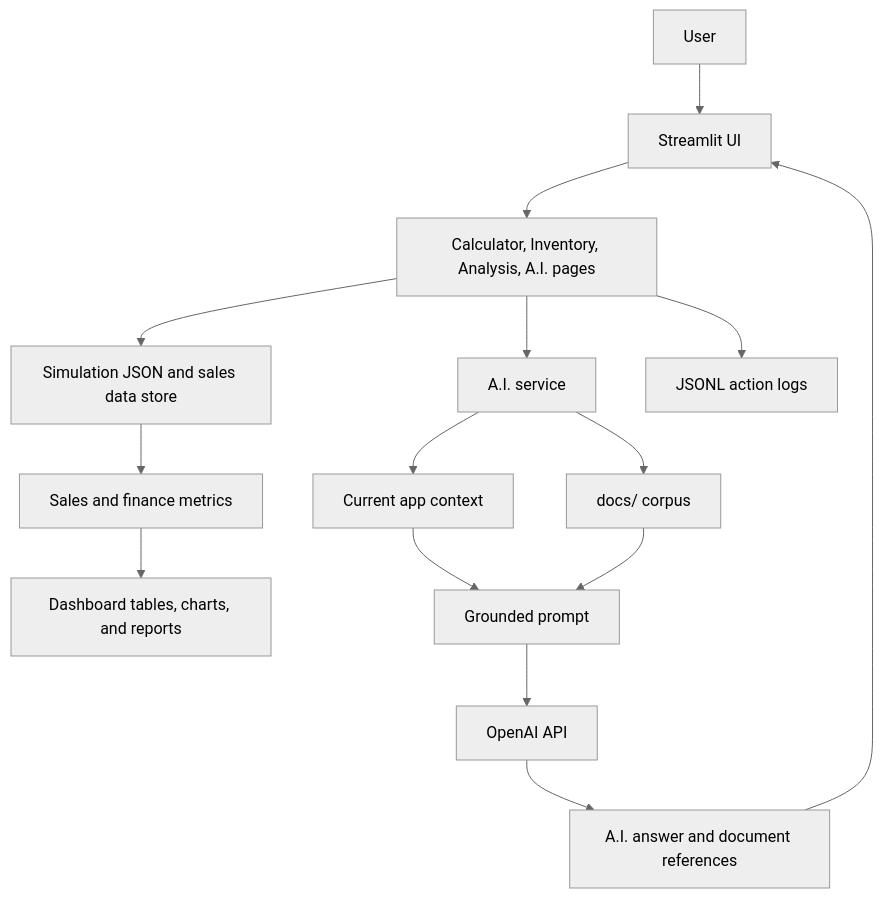
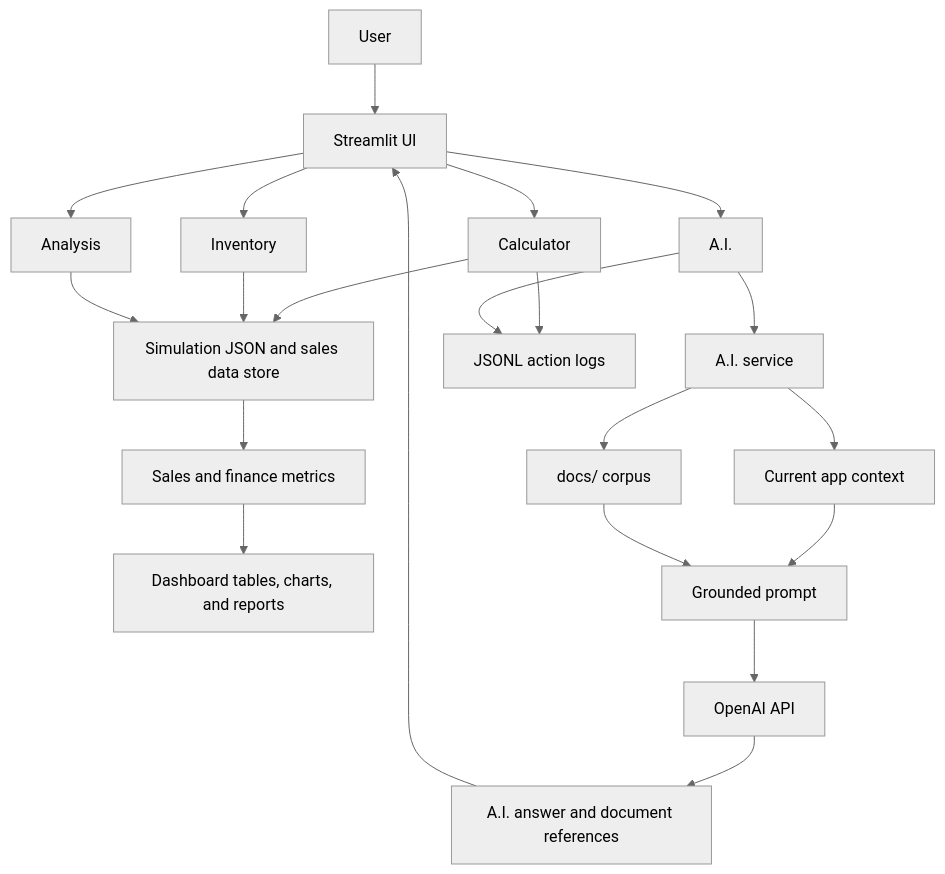
Before and after one commit to RuskiDam/Sales-Analysis: the diagram in README.md, drawn with Mermaid (neutral theme).

Commit message:
docs: split architecture page lanes

````diff
--- a/README.md
+++ b/README.md
@@ -133,20 +133,26 @@
 ```mermaid
 flowchart TD
     User[User] --> UI[Streamlit UI]
-    UI --> Pages[Calculator, Inventory, Analysis, A.I. pages]
+    UI --> Calculator[Calculator]
+    UI --> Inventory[Inventory]
+    UI --> Analysis[Analysis]
+    UI --> AIPage[A.I.]
 
-    Pages --> Data[Simulation JSON and sales data store]
+    Calculator --> Data[Simulation JSON and sales data store]
+    Inventory --> Data
+    Analysis --> Data
     Data --> Metrics[Sales and finance metrics]
     Metrics --> Dashboard[Dashboard tables, charts, and reports]
 
-    Pages --> AI[A.I. service]
+    AIPage --> AI[A.I. service]
     AI --> Context[Current app context]
     AI --> Corpus[docs/ corpus]
     Context --> Prompt[Grounded prompt]
     Corpus --> Prompt
     Prompt --> OpenAI[OpenAI API]
     OpenAI --> Response[A.I. answer and document references]
     Response --> UI
 
-    Pages --> Logs[JSONL action logs]
+    Calculator --> Logs[JSONL action logs]
+    AIPage --> Logs
 ```
````
